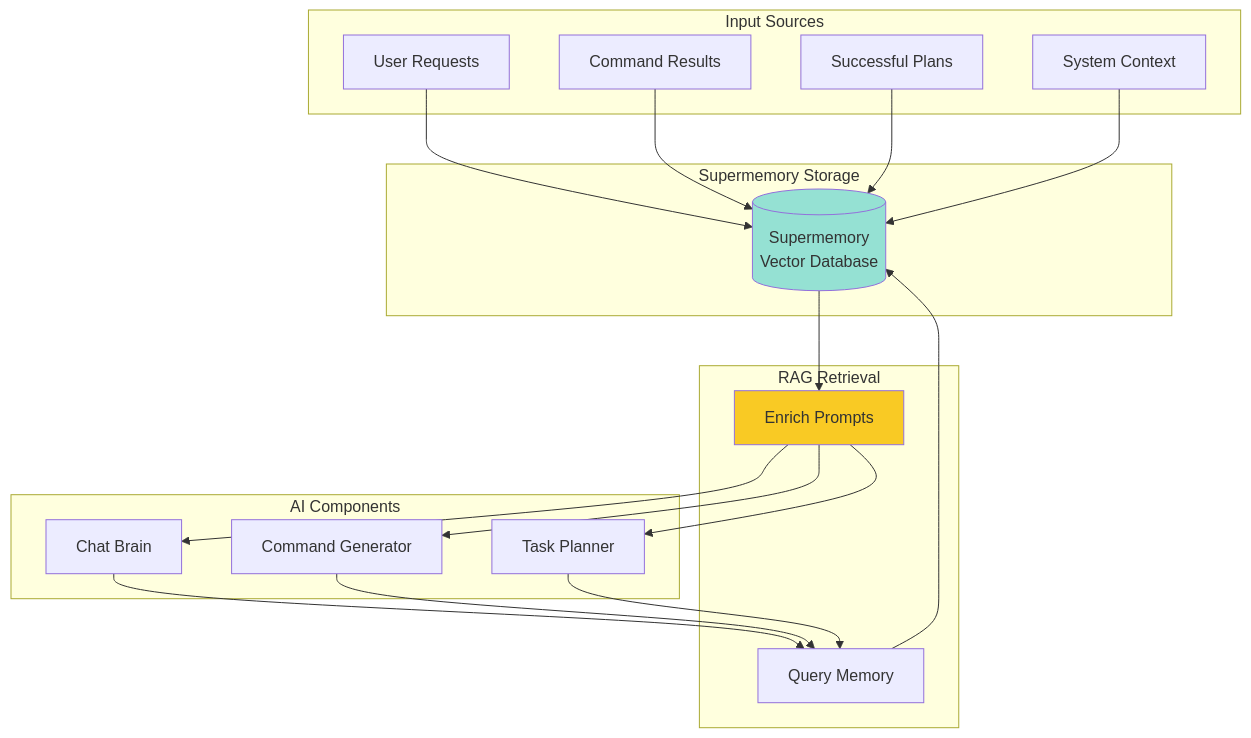
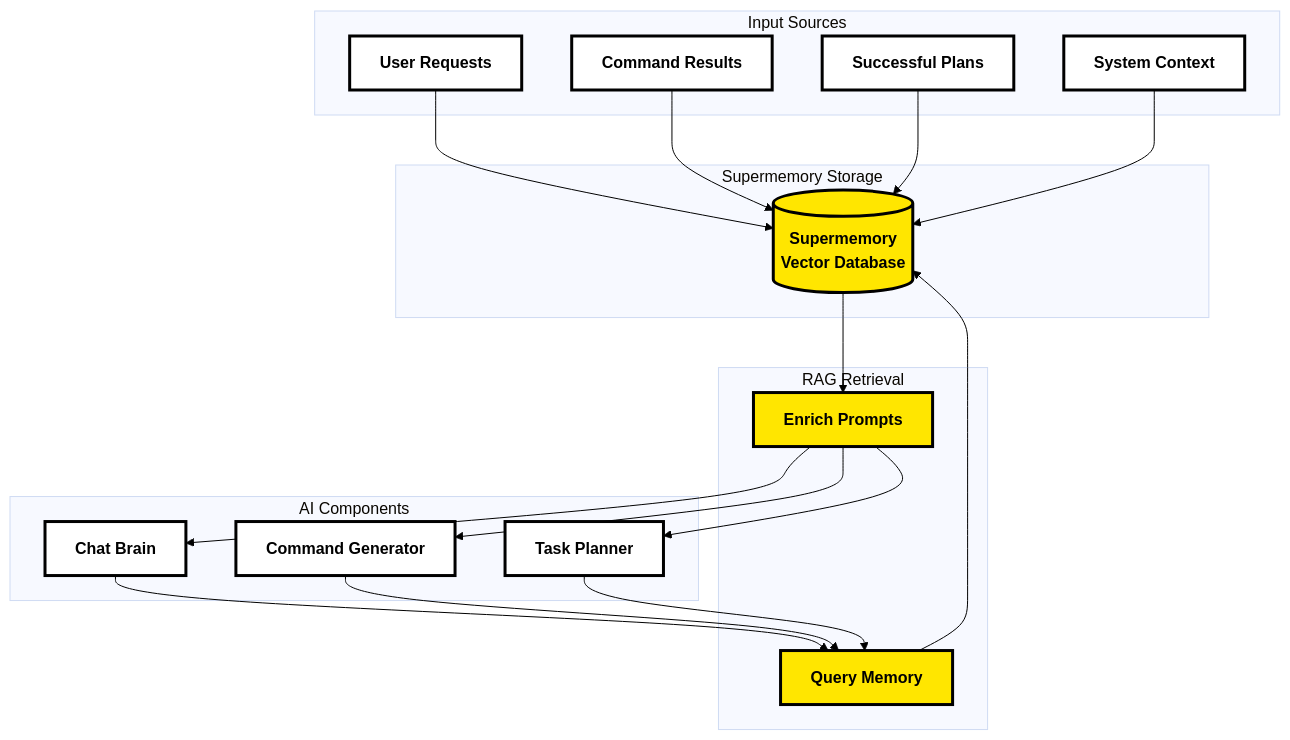
Before and after one commit to Garvit1000/nexus: the sixth of 6 diagrams in README.md, drawn with Mermaid. The commit also changed other lines of this file and 3 other files, not shown here.

````diff
--- a/README.md
+++ b/README.md
@@ -238,42 +261,46 @@
 ```mermaid
+%%{init: {"theme": "base", "themeVariables": {"fontFamily": "monospace", "lineColor": "#000"}}}%%
 graph TB
+    classDef default fill:#fff,stroke:#000,stroke-width:3px,color:#000,font-weight:bold;
+    classDef highlight fill:#ffe600,stroke:#000,stroke-width:3px,color:#000,font-weight:bold;
+    classDef secondary fill:#ff4949,stroke:#000,stroke-width:3px,color:#000,font-weight:bold;
+    classDef tertiary fill:#49baff,stroke:#000,stroke-width:3px,color:#000,font-weight:bold;
+    classDef purple fill:#c77ae8,stroke:#000,stroke-width:3px,color:#000,font-weight:bold;
     subgraph "Input Sources"
         UserReq[User Requests]
         CmdResult[Command Results]
         Plans[Successful Plans]
         SysInfo[System Context]
     end
-    
+
     subgraph "Supermemory Storage"
-        Memory[(Supermemory<br/>Vector Database)]
+        Memory[(Supermemory<br/>Vector Database)]:::highlight
     end
-    
+
     subgraph "RAG Retrieval"
-        Query[Query Memory]
-        Context[Enrich Prompts]
+        Query[Query Memory]:::highlight
+        Context[Enrich Prompts]:::highlight
     end
-    
+
     subgraph "AI Components"
         Chat[Chat Brain]
         CmdGen[Command Generator]
         Planner[Task Planner]
     end
-    
+
     UserReq --> Memory
     CmdResult --> Memory
     Plans --> Memory
     SysInfo --> Memory
-    
+
     Chat --> Query
     CmdGen --> Query
     Planner --> Query
-    
+
     Query --> Memory
     Memory --> Context
     Context --> Chat
     Context --> CmdGen
     Context --> Planner
-    
-    style Memory fill:#95e1d3
-    style Context fill:#f9ca24
+
 ```
````
